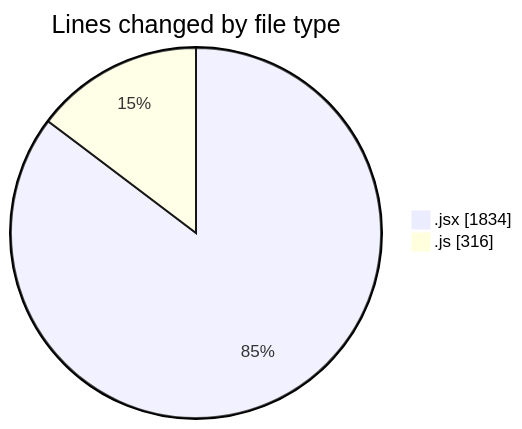
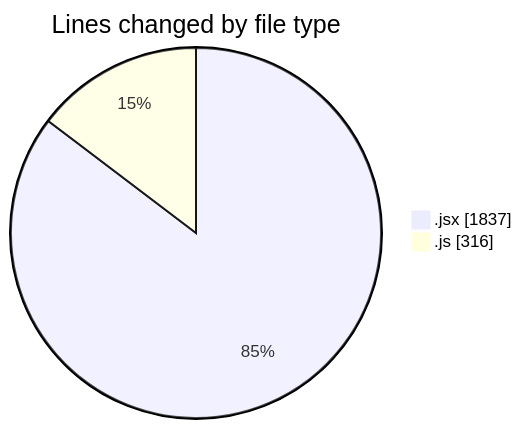
The first of 2 diagrams in 2025-07-13/argos/README.md (nxtqubesakshisongat/code-tracking), drawn with Mermaid before and after one commit. The commit also changed other lines of this file and 1 other file, not shown here.

````diff
--- a/2025-07-13/argos/README.md
+++ b/2025-07-13/argos/README.md
@@ -21,6 +21,6 @@
 ```mermaid
 pie showData
 title Lines changed by file type
-".jsx" : 1834
+".jsx" : 1837
 ".js" : 316
 ```
````
